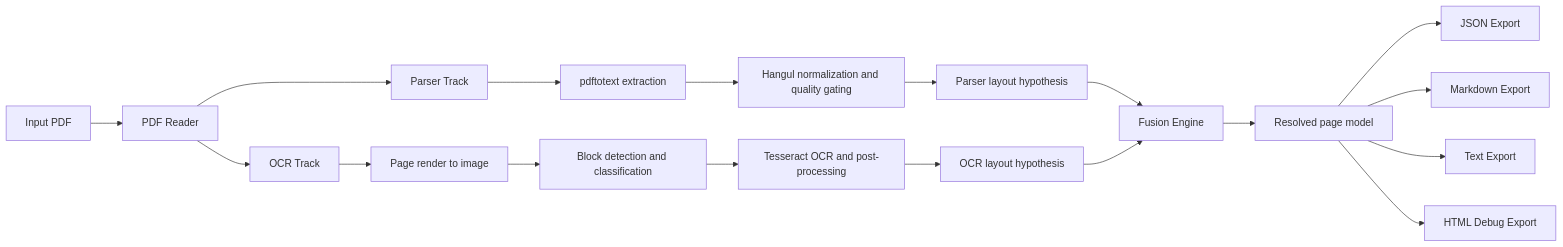
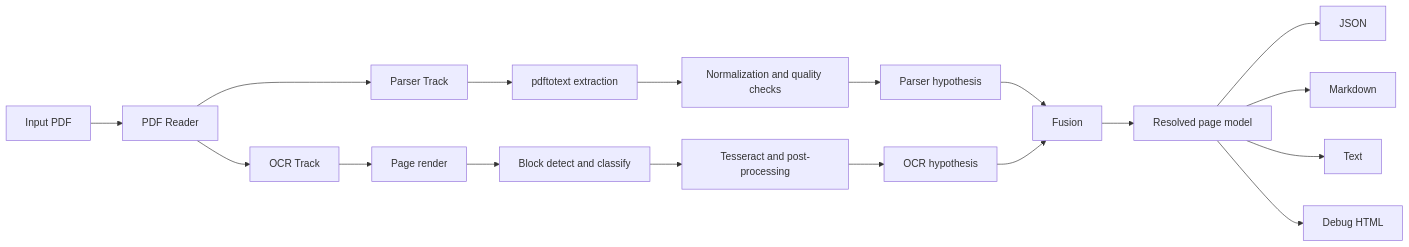
One commit to zeetee1235/DocStruct changed the diagram in README.md. Above: the diagram before and after it, drawn with Mermaid. The commit also changed other lines of this file and 25 other files, not shown here.

````diff
--- a/README.md
+++ b/README.md
@@ -65,25 +65,25 @@
 ```mermaid
 flowchart LR
     A[Input PDF] --> B[PDF Reader]
 
     B --> C[Parser Track]
     B --> D[OCR Track]
 
     C --> C1[pdftotext extraction]
-    C1 --> C2[Hangul normalization and quality gating]
-    C2 --> C3[Parser layout hypothesis]
+    C1 --> C2[Normalization and quality checks]
+    C2 --> C3[Parser hypothesis]
 
-    D --> D1[Page render to image]
-    D1 --> D2[Block detection and classification]
-    D2 --> D3[Tesseract OCR and post-processing]
-    D3 --> D4[OCR layout hypothesis]
+    D --> D1[Page render]
+    D1 --> D2[Block detect and classify]
+    D2 --> D3[Tesseract and post-processing]
+    D3 --> D4[OCR hypothesis]
 
-    C3 --> E[Fusion Engine]
+    C3 --> E[Fusion]
     D4 --> E
 
     E --> F[Resolved page model]
-    F --> G1[JSON Export]
-    F --> G2[Markdown Export]
-    F --> G3[Text Export]
-    F --> G4[HTML Debug Export]
+    F --> G1[JSON]
+    F --> G2[Markdown]
+    F --> G3[Text]
+    F --> G4[Debug HTML]
 ```
````
